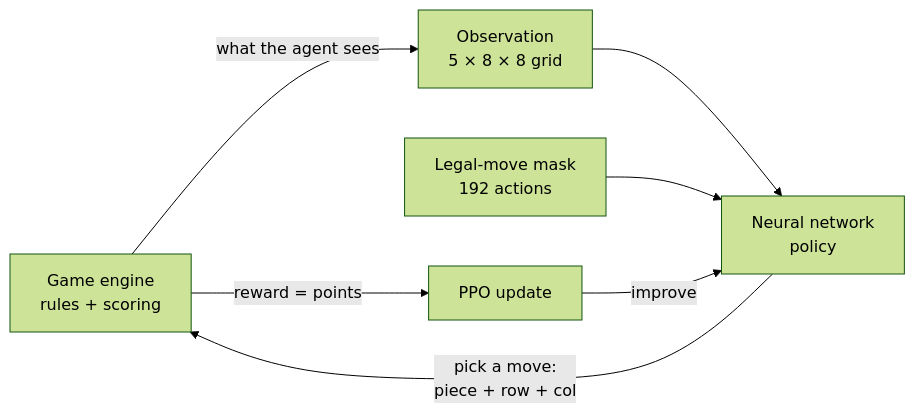
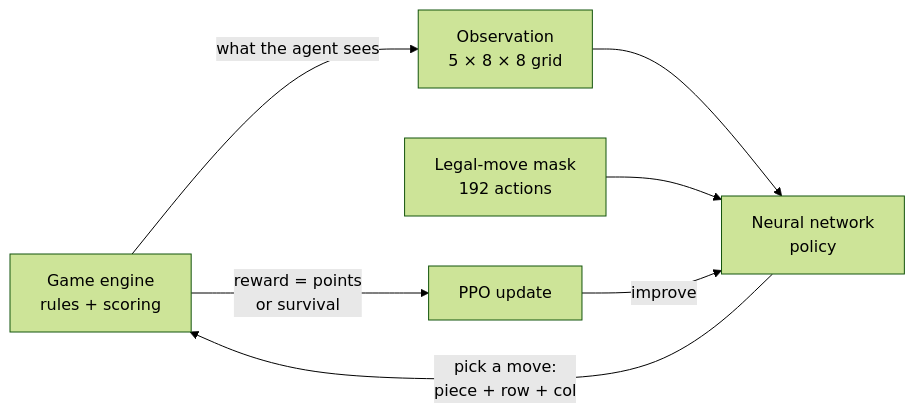
Before and after one commit to Botkraker/block-blast-AI: the diagram in README.md, drawn with Mermaid (forest theme). The commit also changed other lines of this file and 15 other files, not shown here.

````diff
--- a/README.md
+++ b/README.md
@@ -128,9 +128,9 @@
 ```mermaid
 flowchart LR
     G[Game engine<br/>rules + scoring] -->|what the agent sees| O[Observation<br/>5 × 8 × 8 grid]
     O --> N[Neural network<br/>policy]
     M[Legal-move mask<br/>192 actions] --> N
     N -->|pick a move:<br/>piece + row + col| G
-    G -->|reward = points| P[PPO update]
+    G -->|reward = points<br/>or survival| P[PPO update]
     P -->|improve| N
 ```
````
